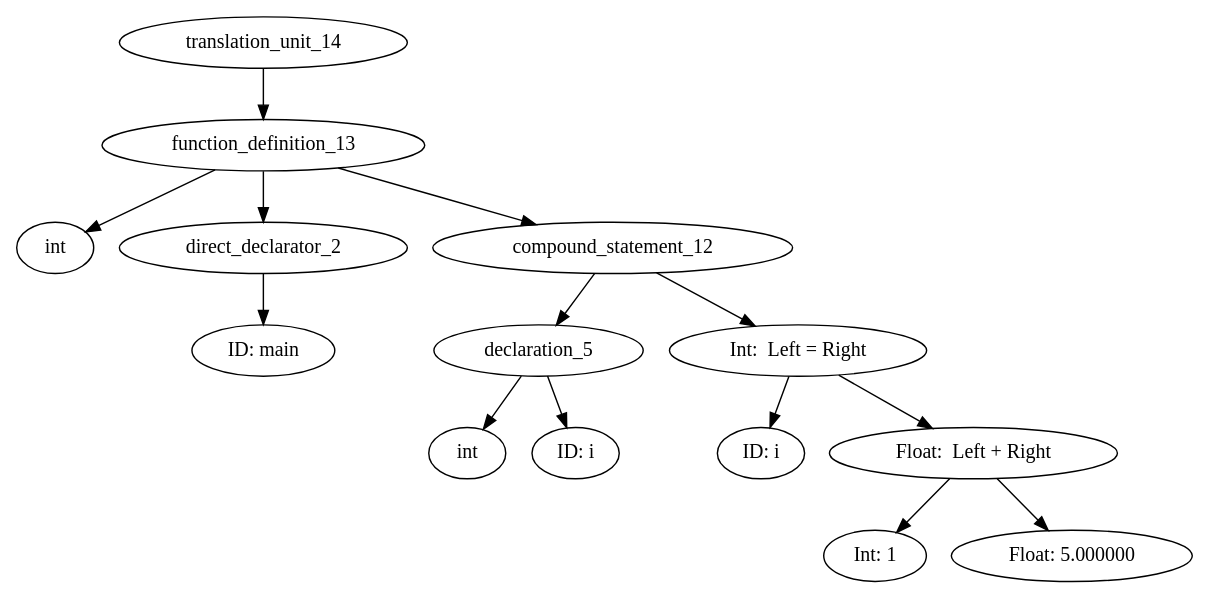
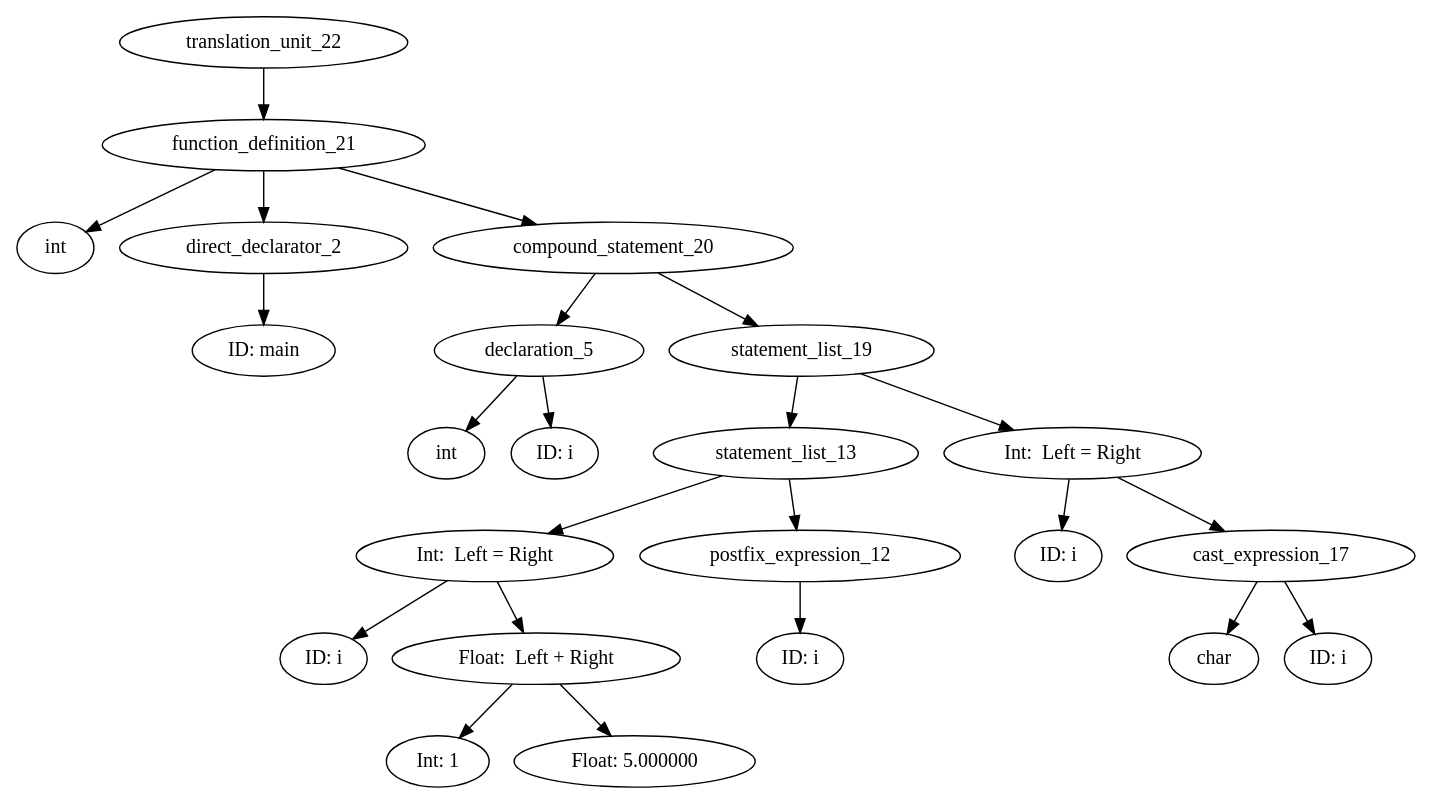
One commit to ahpalmerUNR/c_compiler changed the diagram in graphs/default.gv. Above: the diagram before and after it, drawn with Graphviz. The commit also changed 4 other files, not shown here.

Commit message:
and, or, expressions, assignment expression

```diff
--- a/graphs/default.gv
+++ b/graphs/default.gv
@@ -1,24 +1,38 @@
 digraph AST {
-	translation_unit_14 -> function_definition_13;
-	function_definition_13 -> type_specifier_0;
+	translation_unit_22 -> function_definition_21;
+	function_definition_21 -> type_specifier_0;
 	type_specifier_0 [label="int"]
-	function_definition_13 -> direct_declarator_2;
+	function_definition_21 -> direct_declarator_2;
 	direct_declarator_2 -> identifier_1;
 	identifier_1 [label="ID: main"]
-	function_definition_13 -> compound_statement_12;
-	compound_statement_12 -> declaration_5;
+	function_definition_21 -> compound_statement_20;
+	compound_statement_20 -> declaration_5;
 	declaration_5 -> type_specifier_3;
 	type_specifier_3 [label="int"]
 	declaration_5 -> identifier_4;
 	identifier_4 [label="ID: i"]
-	compound_statement_12 -> assignment_expression_11;
-	assignment_expression_11 [label="Int:  Left = Right"]
-	assignment_expression_11 -> identifier_6;
+	compound_statement_20 -> statement_list_19;
+	statement_list_19 -> statement_list_13;
+	statement_list_13 -> assignment_expression_10;
+	assignment_expression_10 [label="Int:  Left = Right"]
+	assignment_expression_10 -> identifier_6;
 	identifier_6 [label="ID: i"]
-	assignment_expression_11 -> unary_expression_9;
+	assignment_expression_10 -> unary_expression_9;
 	unary_expression_9 [label="Float:  Left + Right"]
 	unary_expression_9 -> constant_7;
 	constant_7 [label="Int: 1"]
 	unary_expression_9 -> constant_8;
 	constant_8 [label="Float: 5.000000"]
+	statement_list_13 -> postfix_expression_12;
+	postfix_expression_12 -> identifier_11;
+	identifier_11 [label="ID: i"]
+	statement_list_19 -> assignment_expression_18;
+	assignment_expression_18 [label="Int:  Left = Right"]
+	assignment_expression_18 -> identifier_14;
+	identifier_14 [label="ID: i"]
+	assignment_expression_18 -> cast_expression_17;
+	cast_expression_17 -> type_specifier_15;
+	type_specifier_15 [label="char"]
+	cast_expression_17 -> identifier_16;
+	identifier_16 [label="ID: i"]
 }
```
